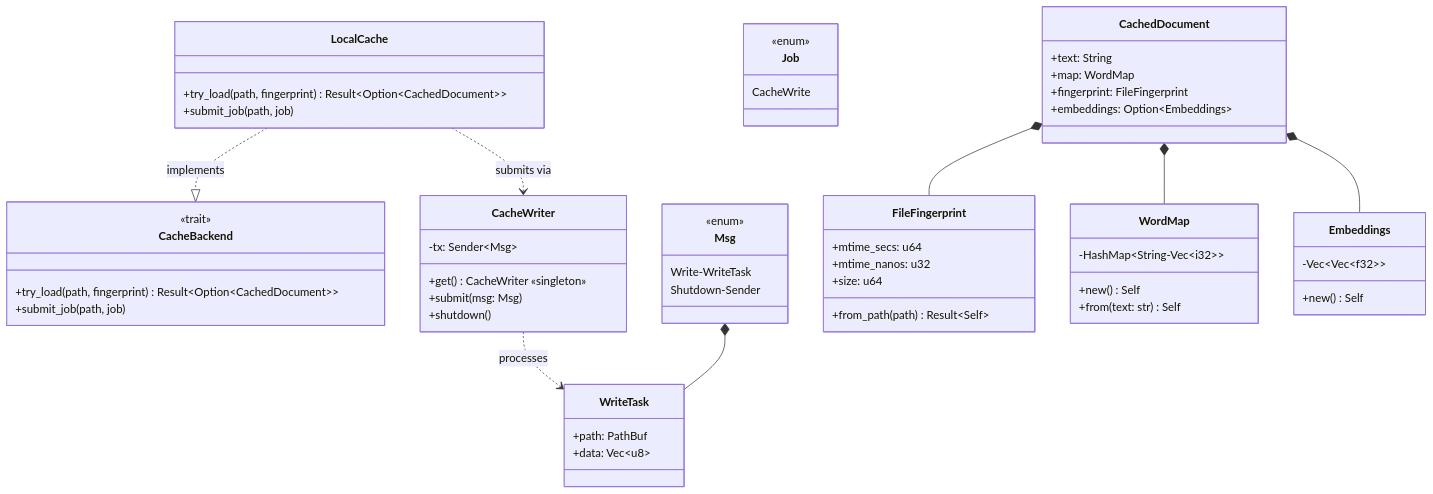
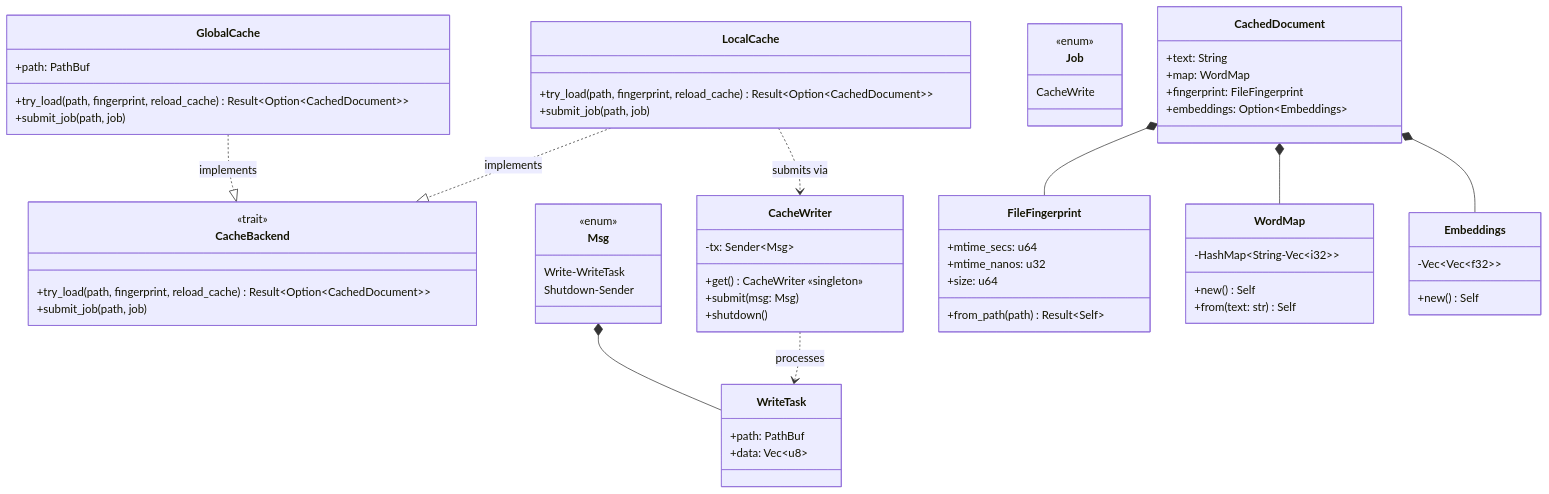
The sixth of 8 diagrams in docs/architecture_uml.md (damian-ds7/zpr-scan-search), drawn with Mermaid before and after one commit. The commit also changed other lines of this file and 1 other file, not shown here.

Commit message:
docs: upate docs for global cache

````diff
--- a/docs/architecture_uml.md
+++ b/docs/architecture_uml.md
@@ -282,76 +283,83 @@
 ```mermaid
 classDiagram
     direction TB
 
     class CacheBackend {
         <<trait>>
-        +try_load(path, fingerprint) Result~Option~CachedDocument~~
+        +try_load(path, fingerprint, reload_cache) Result~Option~CachedDocument~~
         +submit_job(path, job)
     }
 
     class LocalCache {
-        +try_load(path, fingerprint) Result~Option~CachedDocument~~
+        +try_load(path, fingerprint, reload_cache) Result~Option~CachedDocument~~
+        +submit_job(path, job)
+    }
+
+    class GlobalCache {
+        +path: PathBuf
+        +try_load(path, fingerprint, reload_cache) Result~Option~CachedDocument~~
         +submit_job(path, job)
     }
 
     LocalCache ..|> CacheBackend : implements
+    GlobalCache ..|> CacheBackend : implements
 
     class CacheWriter {
         -tx: Sender~Msg~
         +get() CacheWriter  «singleton»
         +submit(msg: Msg)
         +shutdown()
     }
 
     class Msg {
         <<enum>>
         Write‑WriteTask
         Shutdown‑Sender
     }
 
     class WriteTask {
         +path: PathBuf
         +data: Vec~u8~
     }
 
     LocalCache ..> CacheWriter : submits via
 
     CacheWriter ..> WriteTask : processes
 
     Msg *-- WriteTask
 
     class Job {
         <<enum>>
         CacheWrite
     }
 
     class CachedDocument {
         +text: String
         +map: WordMap
         +fingerprint: FileFingerprint
         +embeddings: Option~Embeddings~
     }
 
     class FileFingerprint {
         +mtime_secs: u64
         +mtime_nanos: u32
         +size: u64
         +from_path(path) Result~Self~
     }
 
     class WordMap {
         -HashMap~String‑Vec~i32~~
         +new() Self
         +from(text: str) Self
     }
 
     class Embeddings {
         -Vec~Vec~f32~~
         +new() Self
     }
 
     CachedDocument *-- WordMap
     CachedDocument *-- FileFingerprint
     CachedDocument *-- Embeddings
 
 ```
````
